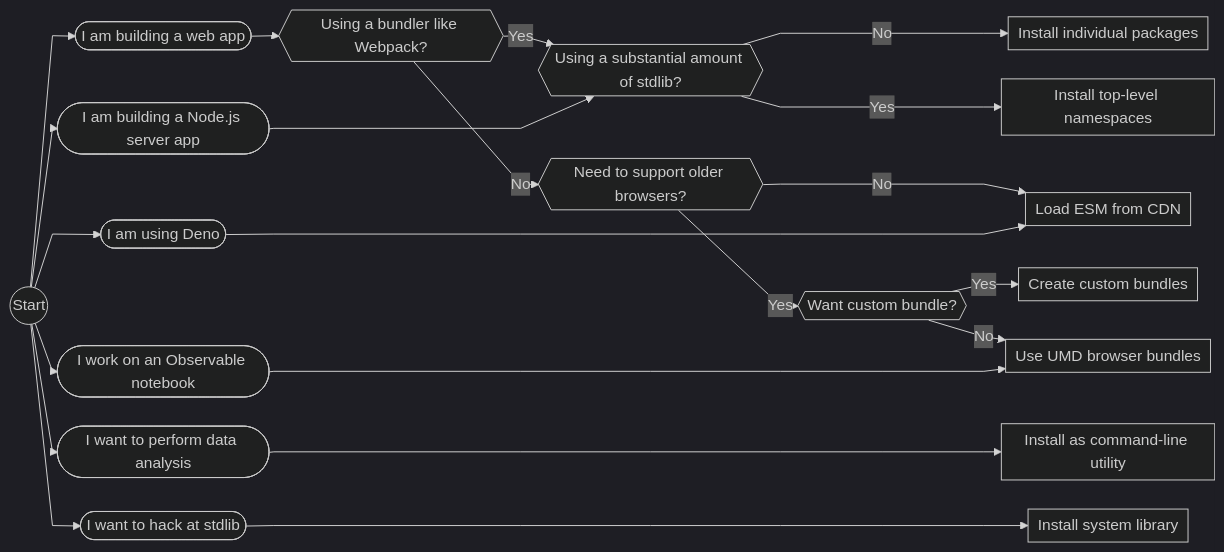
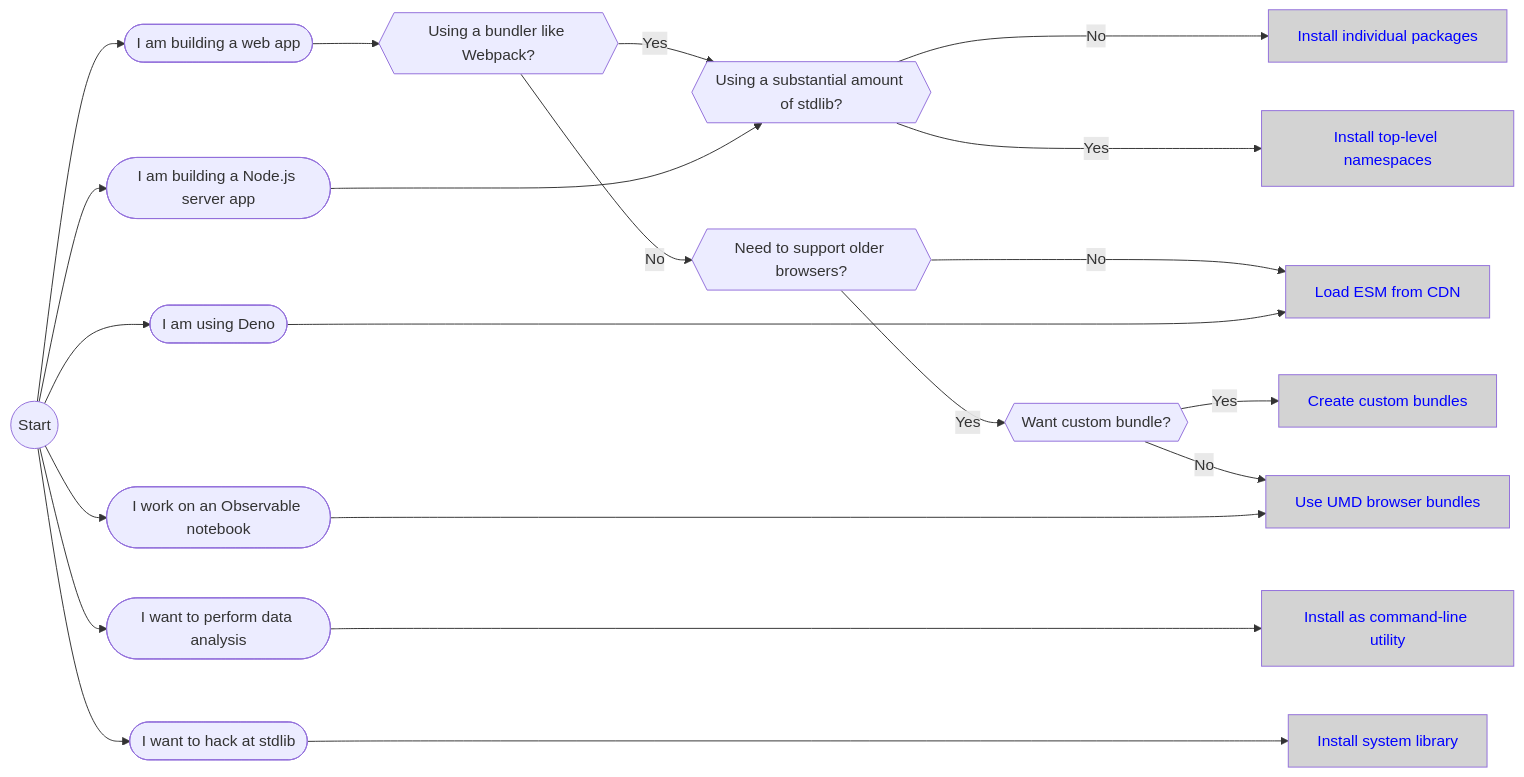
The diagram in README.md (stdlib-js/stdlib), drawn with Mermaid before and after one commit.

Commit message:
Add leaf styling

````diff
--- a/README.md
+++ b/README.md
@@ -191,48 +191,50 @@
 ```mermaid
-%%{init: { 'logLevel': 'debug', 'theme': 'dark', 'flowchart': { 'nodeSpacing': 30, 'rankSpacing': 10, 'useMaxWidth': true, 'defaultRenderer': 'dagre-d3', 'padding': 5, 'diagramPadding': 0, 'htmlLabels': true, 'curve': 'linear' } } }%%
+%%{init: { 'logLevel': 'debug', 'theme': 'dark', securityLevel:'loose', 'flowchart': { 'nodeSpacing': 30, 'rankSpacing': 10, 'useMaxWidth': true, 'defaultRenderer': 'dagre-d3', 'padding': 5, 'diagramPadding': 0, 'htmlLabels': true, 'curve': 'linear' } } }%%
 graph LR
     Z((Start))
 
     A([I want to perform data analysis])
     B([I am building a web app])
     B1{{Using a bundler like Webpack?}}
     B2{{Need to support older browsers?}}
     B3{{Want custom bundle?}}
     C([I am building a Node.js server app])
     C1{{Using a substantial amount of stdlib?}}
     D([I am using Deno])
     E([I work on an Observable notebook])
     F([I want to hack at stdlib])
 
     G[Install as command-line utility]
     H[Install individual packages]
     I[Create custom bundles]
     J[Use UMD browser bundles]
     K[Install system library]
     L[Install top-level namespaces]
     M[Load ESM from CDN]
 
     Z --> B --> B1
     B1 -- Yes --> C1
     B1 -- No --> B2
     B2 -- No --> M
     B2 -- Yes --> B3
-    B3 -- Yes --> I
-    B3 -- No --> J
+    B3 -- Yes --> I:::a
+    B3 -- No --> J:::a
 
     Z --> C ---> C1
-    C1 -- No ---> H
-    C1 -- Yes ---> L
+    C1 -- No ---> H:::a
+    C1 -- Yes ---> L:::a
 
-    Z --> D -----> M
-    Z --> A -----> G
-    Z --> F -----> K
-    Z --> E -----> J
+    Z --> D -----> M:::a
+    Z --> A -----> G:::a
+    Z --> F -----> K:::a
+    Z --> E -----> J:::a
 
-    click G href "https://github.com/stdlib-js/stdlib/tree/user-stories-diagram#command-line-utility"
-    click H href "https://github.com/stdlib-js/stdlib/tree/user-stories-diagram#individual-packages"
-    click I href "https://github.com/stdlib-js/stdlib/tree/user-stories-diagram#custom-bundles"
-    click J href "https://github.com/stdlib-js/stdlib/tree/user-stories-diagram#browser-bundles"
-    click L href "https://github.com/stdlib-js/stdlib/tree/user-stories-diagram#namespaces"
-    click K href "https://github.com/stdlib-js/stdlib/tree/user-stories-diagram#system-library"
+    click G href "https://github.com/stdlib-js/stdlib/tree/user-stories-diagram#command-line-utility" "Jump to section"
+    click H href "https://github.com/stdlib-js/stdlib/tree/user-stories-diagram#individual-packages" "Jump to section"
+    click I href "https://github.com/stdlib-js/stdlib/tree/user-stories-diagram#custom-bundles" "Jump to section"
+    click J href "https://github.com/stdlib-js/stdlib/tree/user-stories-diagram#browser-bundles" "Jump to section"
+    click L href "https://github.com/stdlib-js/stdlib/tree/user-stories-diagram#namespaces" "Jump to section"
+    click K href "https://github.com/stdlib-js/stdlib/tree/user-stories-diagram#system-library" "Jump to section"
+    
+    classDef a color:blue,fill:lightgray
  ```
````
